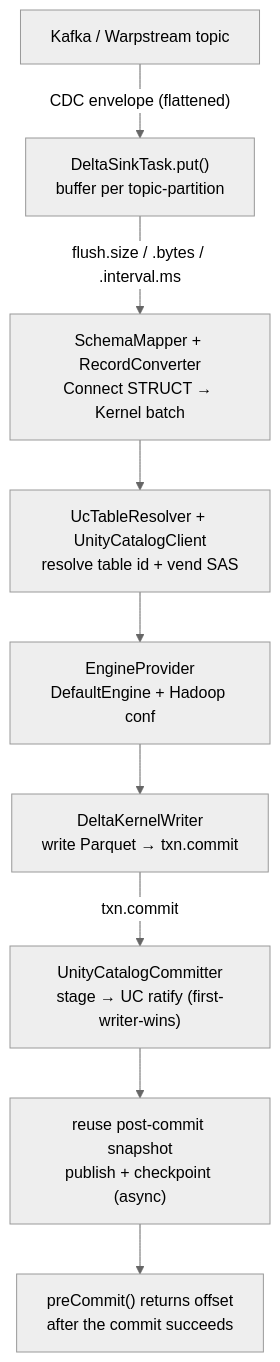
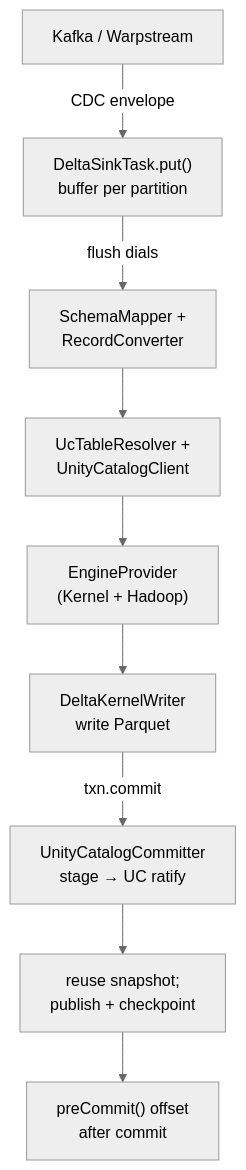
One commit to DakotaOSS/kafka-connect-delta-uc changed the diagram in docs/SPEC.md. Above: the diagram before and after it, drawn with Mermaid (neutral theme). The commit also changed 1 other file, not shown here.

Commit message:
docs: shorten mermaid node labels so the diagrams stop clipping in narrow views
graph TD makes the column as wide as the longest node label; ~38-char labels overflowed and
GitHub clipped instead of scrolling. Trim every node to <=~20 chars/line (detail stays in the prose).

````diff
--- a/docs/SPEC.md
+++ b/docs/SPEC.md
@@ -101,21 +101,18 @@
 ```mermaid
 graph TD
-    K["Kafka / Warpstream topic"]
-    P["DeltaSinkTask.put()<br/>buffer per topic-partition"]
-    S["SchemaMapper + RecordConverter<br/>Connect STRUCT → Kernel batch"]
-    R["UcTableResolver + UnityCatalogClient<br/>resolve table id + vend SAS"]
-    E["EngineProvider<br/>DefaultEngine + Hadoop conf"]
-    W["DeltaKernelWriter<br/>write Parquet → txn.commit"]
-    C["UnityCatalogCommitter<br/>stage → UC ratify (first-writer-wins)"]
-    M["reuse post-commit snapshot<br/>publish + checkpoint (async)"]
-    O["preCommit() returns offset<br/>after the commit succeeds"]
+    K["Kafka / Warpstream"]
+    P["DeltaSinkTask.put()<br/>buffer per partition"]
+    S["SchemaMapper +<br/>RecordConverter"]
+    R["UcTableResolver +<br/>UnityCatalogClient"]
+    E["EngineProvider<br/>(Kernel + Hadoop)"]
+    W["DeltaKernelWriter<br/>write Parquet"]
+    C["UnityCatalogCommitter<br/>stage → UC ratify"]
+    M["reuse snapshot;<br/>publish + checkpoint"]
+    O["preCommit() offset<br/>after commit"]
 
-    K -->|"CDC envelope (flattened)"| P
-    P -->|"flush.size / .bytes / .interval.ms"| S
-    S --> R
-    R --> E
-    E --> W
+    K -->|"CDC envelope"| P
+    P -->|"flush dials"| S
+    S --> R --> E --> W
     W -->|"txn.commit"| C
-    C --> M
-    M --> O
+    C --> M --> O
 ```
````
